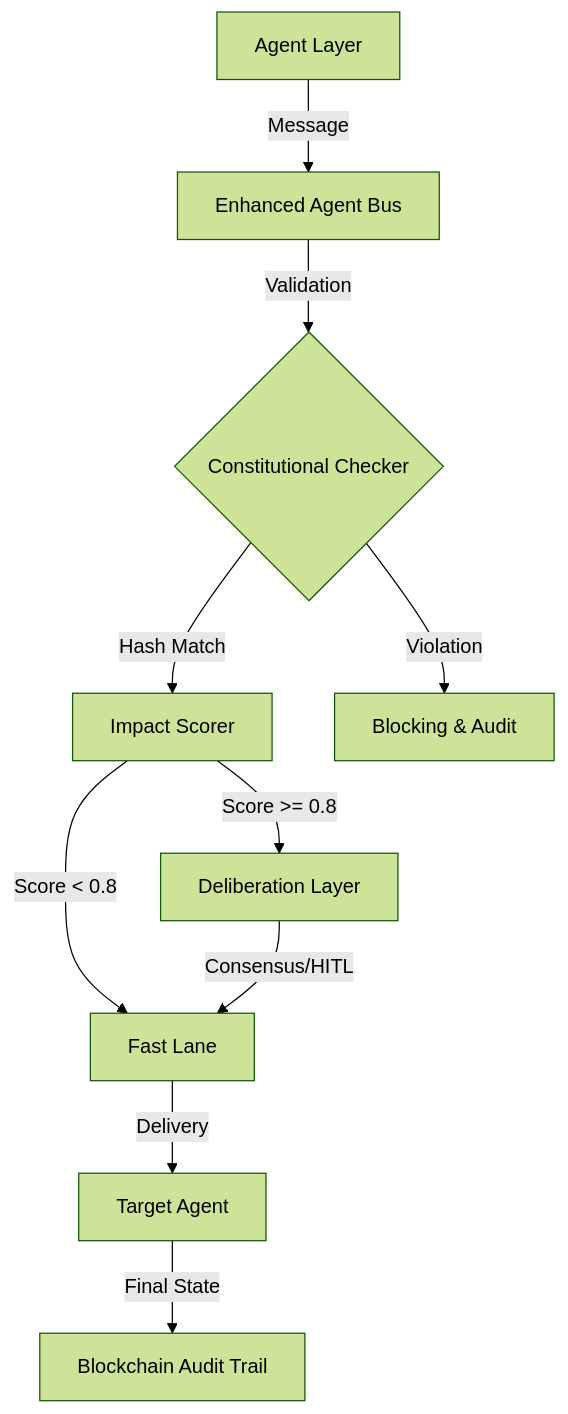
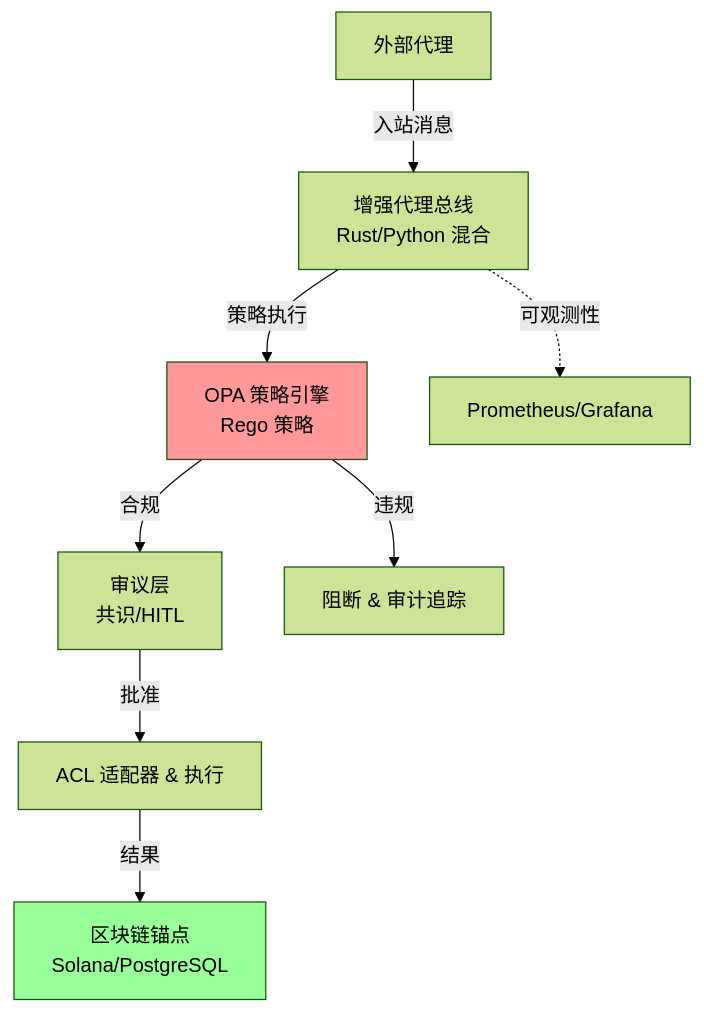
The diagram in acgs2-core/README.md (dislovelhl/acgs2), drawn with Mermaid (forest theme) before and after one commit. The commit also changed other lines of this file and 153 other files, not shown here.

````diff
--- a/acgs2-core/README.md
+++ b/acgs2-core/README.md
@@ -25,15 +29,12 @@
 ```mermaid
 graph TD
-    A[Agent Layer] -->|Message| B[Enhanced Agent Bus]
-    B -->|Validation| C{Constitutional Checker}
-    C -->|Hash Match| D[Impact Scorer]
-    C -->|Violation| E[Blocking & Audit]
-
-    D -->|Score >= 0.8| F[Deliberation Layer]
-    D -->|Score < 0.8| G[Fast Lane]
-
-    F -->|Consensus/HITL| G
-    G -->|Delivery| H[Target Agent]
-
-    H -->|Final State| I[Blockchain Audit Trail]
+    A[外部代理] -->|入站消息| B[增强代理总线<br/>Rust/Python 混合]
+    B -->|策略执行| C[OPA 策略引擎<br/>Rego 策略]
+    C -->|合规| D[审议层<br/>共识/HITL]
+    C -->|违规| E[阻断 & 审计追踪]
+    D -->|批准| F[ACL 适配器 & 执行]
+    F -->|结果| G[区块链锚点<br/>Solana/PostgreSQL]
+    B -.->|可观测性| H[Prometheus/Grafana]
+    style C fill:#ff9999
+    style G fill:#99ff99
 ```
````
